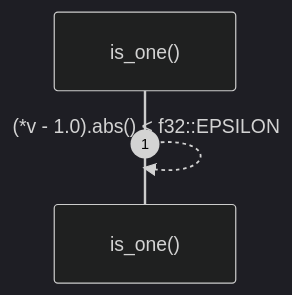
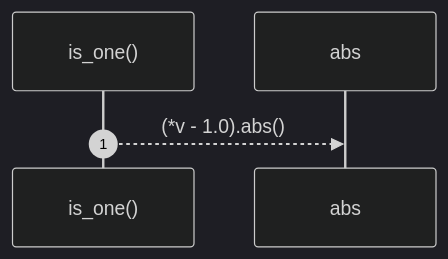
Before and after one commit to RyanGuild/self-describing-code: the diagram in docs/self-model/robby_ir/model/is-one.md, drawn with Mermaid (dark theme). The commit also changed other lines of this file and 1404 other files, not shown here.

````diff
--- a/docs/self-model/robby_ir/model/is-one.md
+++ b/docs/self-model/robby_ir/model/is-one.md
@@ -18,6 +18,7 @@
 ```mermaid
 sequenceDiagram
     autonumber
     participant is_one as is_one()
-    is_one-->>is_one: (*v - 1.0).abs() < f32::EPSILON
+    participant abs as abs
+    is_one-->>abs: (*v - 1.0).abs()
 ```
````
